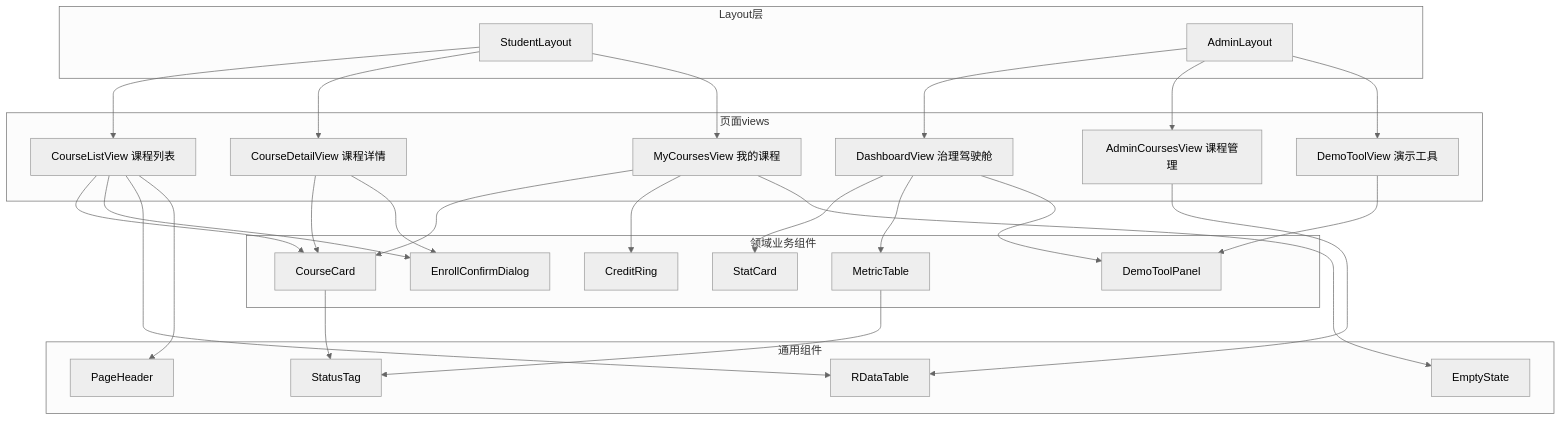
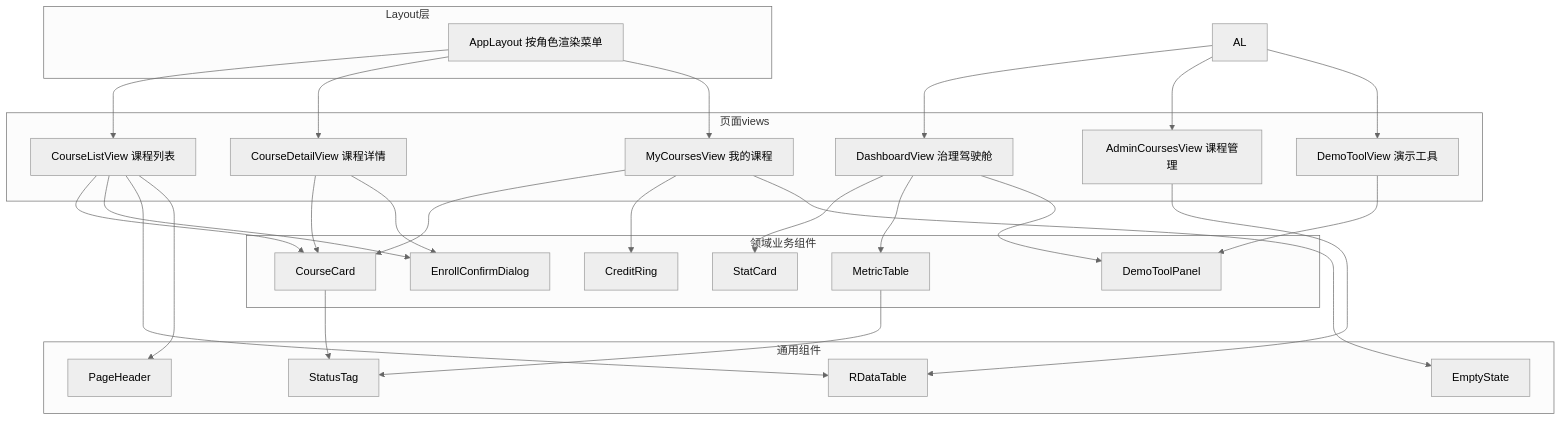
Before and after one commit to ZhanJHE/hercules-platform: the third of 6 diagrams in 开发文档/前端设计.md, drawn with Mermaid (neutral theme). The commit also changed other lines of this file and 20 other files, not shown here.

First line of the commit message:
docs: 文档整改——新增《路线图》逐条标明未完成项、删除《项目讲解.html》并入结构说明、文件名全中文化、六份文档去修辞并修正与实际不符的内容

````diff
--- a/开发文档/前端设计.md
+++ b/开发文档/前端设计.md
@@ -84,51 +84,50 @@
 ```mermaid
 graph TD
     subgraph Layout层
-      SL[StudentLayout]
-      AL[AdminLayout]
+      SL[AppLayout 按角色渲染菜单]
     end
     subgraph 页面views
       VC[CourseListView 课程列表]
       VD[CourseDetailView 课程详情]
       VM[MyCoursesView 我的课程]
       AD[DashboardView 治理驾驶舱]
       ACD[AdminCoursesView 课程管理]
       ADE[DemoToolView 演示工具]
     end
     subgraph 领域业务组件
       CC[CourseCard]
       ECD[EnrollConfirmDialog]
       CR[CreditRing]
       SC[StatCard]
       MT[MetricTable]
       DTP[DemoToolPanel]
     end
     subgraph 通用组件
       PH[PageHeader]
       STAG[StatusTag]
       ES[EmptyState]
       RD[RDataTable]
     end
     SL --> VC
     SL --> VD
     SL --> VM
     AL --> AD
     AL --> ACD
     AL --> ADE
     VC --> CC
     VC --> ECD
     VC --> RD
     VD --> CC
     VD --> ECD
     VM --> CC
     VM --> CR
     AD --> SC
     AD --> MT
     AD --> DTP
     ACD --> RD
     ADE --> DTP
     CC --> STAG
     MT --> STAG
     VC --> PH
     VM --> ES
 ```
````
